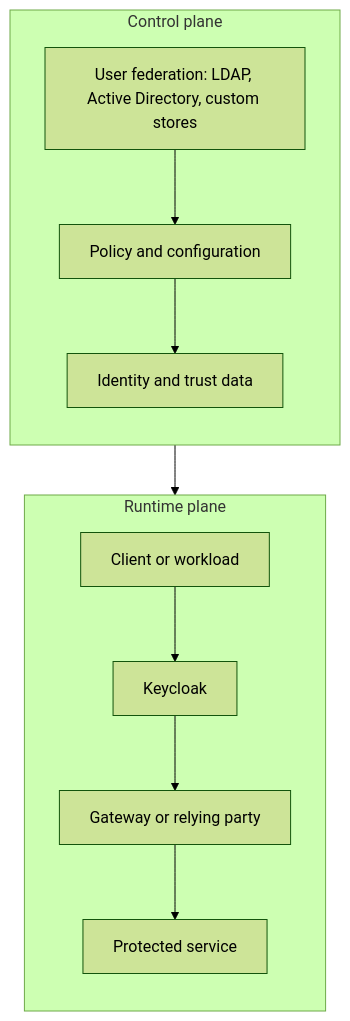
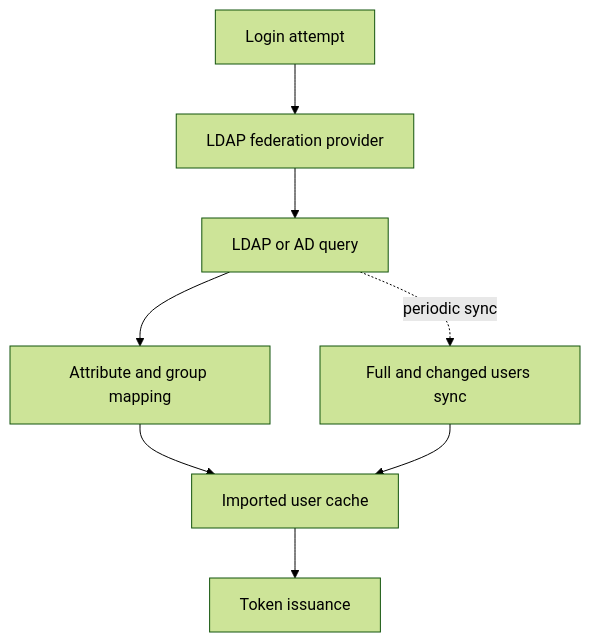
Diagram 19 of 36 in KeyCloack Reference Book.md (jeanflorentine/IAM-KeyCloack-Lab), drawn with Mermaid (forest theme) before and after one commit. The commit also changed other lines of this file, not shown here.

Commit message:
Revise chapter structure diagrams and chapter 31 interview bank

````diff
--- a/KeyCloack Reference Book.md
+++ b/KeyCloack Reference Book.md
@@ -2095,24 +1940,10 @@
 ```mermaid
-flowchart TB
-    subgraph CP[Control plane]
-        direction TB
-        A[User federation: LDAP, Active Directory, custom stores]
-        B[Policy and configuration]
-        C[Identity and trust data]
-        A --> B
-        B --> C
-    end
-
-    subgraph RP[Runtime plane]
-        direction TB
-        D[Client or workload]
-        E[Keycloak]
-        F[Gateway or relying party]
-        G[Protected service]
-        D --> E
-        E --> F
-        F --> G
-    end
-
-    CP --> RP
+flowchart TD
+    Login[Login attempt] --> Provider[LDAP federation provider]
+    Provider --> Directory[LDAP or AD query]
+    Directory --> Mapper[Attribute and group mapping]
+    Mapper --> Cache[Imported user cache]
+    Cache --> Token[Token issuance]
+    Directory -. periodic sync .-> Sync[Full and changed users sync]
+    Sync --> Cache
 ```
````
